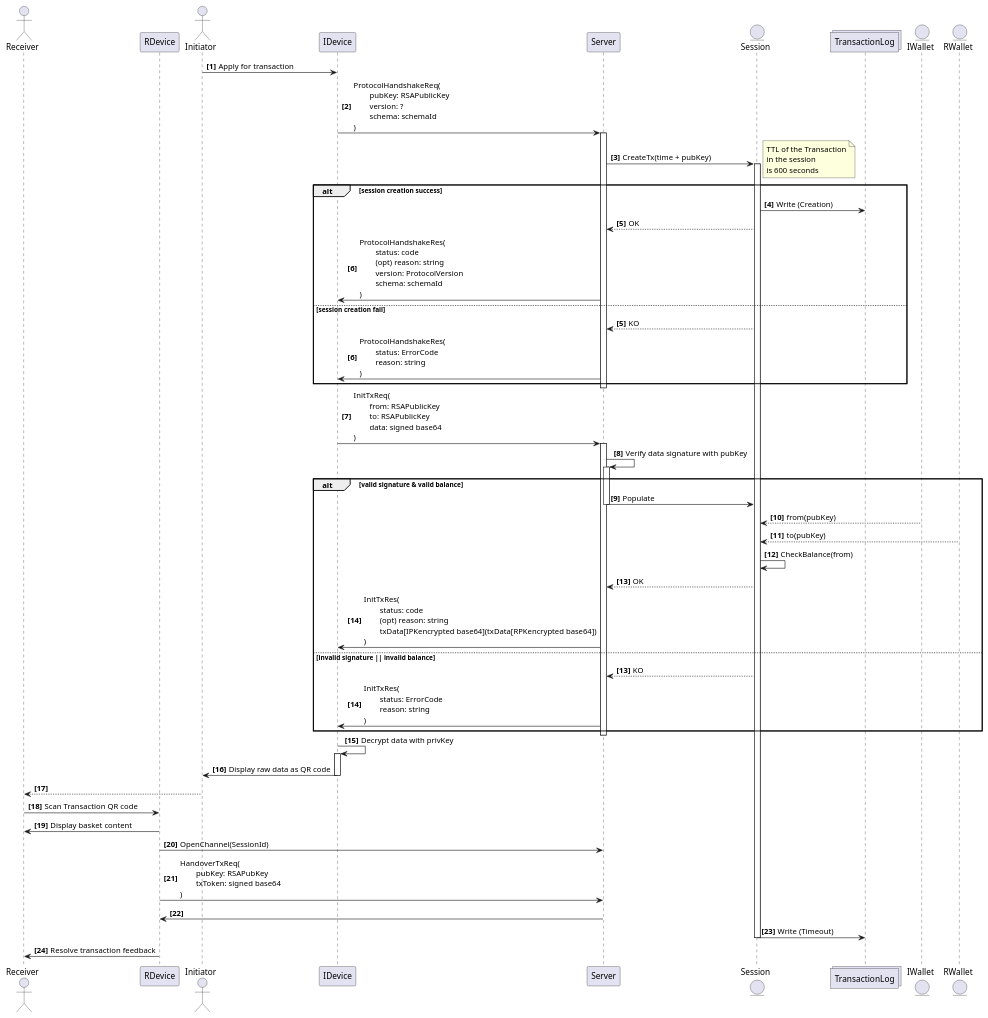
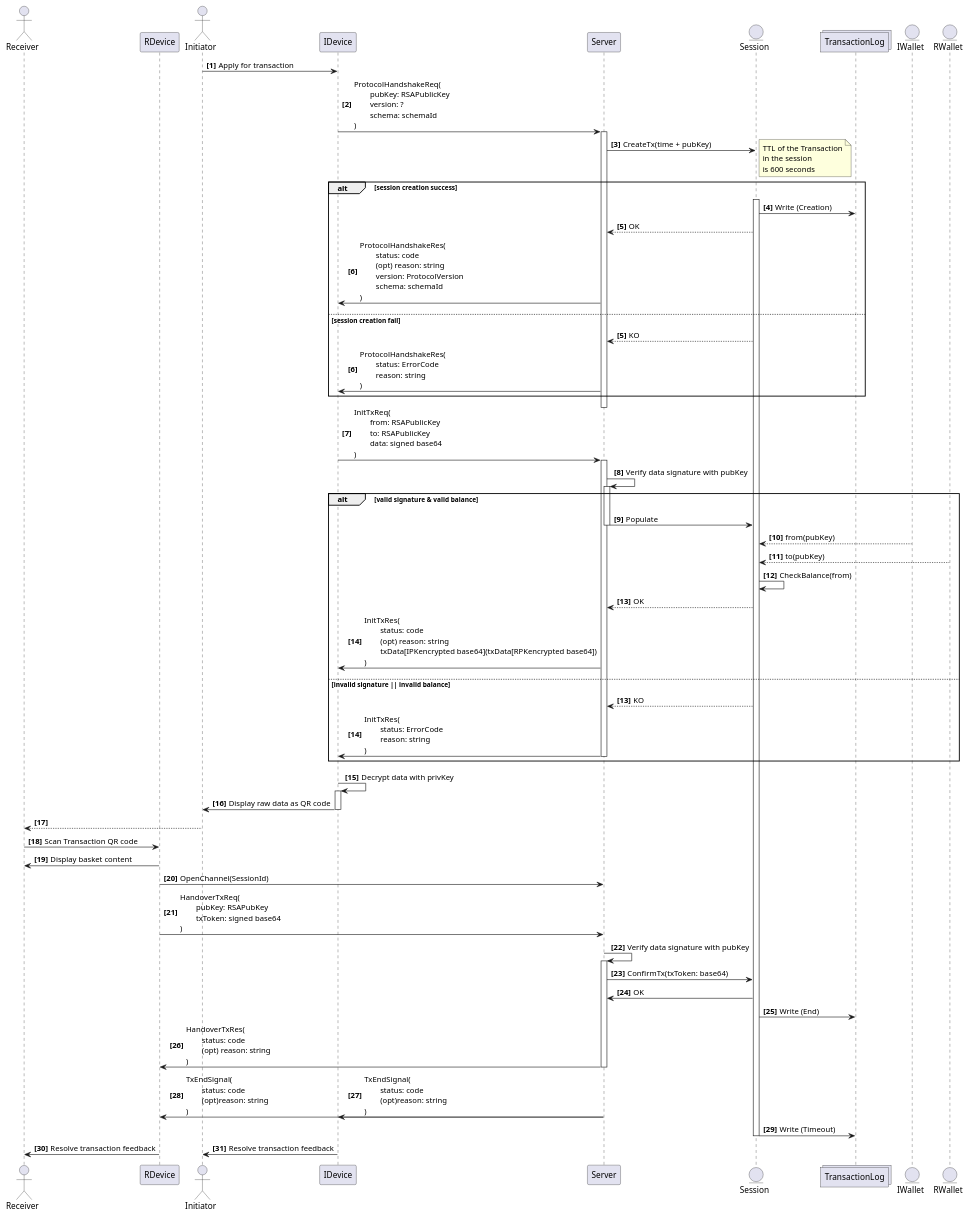
Before and after one commit to ormi-org/snackticker-core: the diagram in doc/spec/protocolV1/single-tier-transaction.seq.puml, drawn with PlantUML. The commit also changed 9 other files, not shown here.

Commit message:
[feature][23] tx-proto ~ update seq diag doc + implement V1 SingleTierTransaction Schema + implement V1 messages

```diff
--- a/doc/spec/protocolV1/single-tier-transaction.seq.puml
+++ b/doc/spec/protocolV1/single-tier-transaction.seq.puml
@@ -1,68 +1,77 @@
 @startuml single-tier-transaction (basket checkout) (protocolV1)
+!pragma teoz true
 autonumber "<b>[0]"
 
 actor       Receiver
 participant RDevice
 actor       Initiator
 participant IDevice
 participant Server
 
 entity Session
 collections TransactionLog
 
 entity IWallet
 entity RWallet
 
 ' START
 Initiator -> IDevice : Apply for transaction
 ' Handshake step
 IDevice -> Server : ProtocolHandshakeReq(\n\tpubKey: RSAPublicKey\n\tversion: ?\n\tschema: schemaId\n)
 activate Server
 ' Create Transaction
 Server -> Session : CreateTx(time + pubKey)
 note right: TTL of the Transaction\nin the session\nis 600 seconds
 alt session creation success
   activate Session
   Session -> TransactionLog : Write (Creation)
   Session --> Server : OK
   Server -> IDevice : ProtocolHandshakeRes(\n\tstatus: code\n\t(opt) reason: string\n\tversion: ProtocolVersion\n\tschema: schemaId\n)
 else session creation fail
   autonumber 5 "<b>[#]"
   Session --> Server : KO
   Server -> IDevice : ProtocolHandshakeRes(\n\tstatus: ErrorCode\n\treason: string\n)
 end
 deactivate Server
 
 IDevice -> Server : InitTxReq(\n\tfrom: RSAPublicKey\n\tto: RSAPublicKey\n\tdata: signed base64\n)
 activate Server
 Server -> Server : Verify data signature with pubKey
 activate Server
 alt valid signature & valid balance
   Server -> Session : Populate
   deactivate Server
   IWallet --> Session : from(pubKey)
   RWallet --> Session : to(pubKey)
   Session -> Session : CheckBalance(from)
   Session --> Server : OK
   Server -> IDevice : InitTxRes(\n\tstatus: code\n\t(opt) reason: string\n\ttxData[IPKencrypted base64](txData[RPKencrypted base64])\n)
 else invalid signature || invalid balance
   autonumber 13 "<b>[#]"
   Session --> Server : KO
   Server -> IDevice : InitTxRes(\n\tstatus: ErrorCode\n\treason: string\n)
+  deactivate Server
 end
-deactivate Server
-deactivate Server
 IDevice -> IDevice : Decrypt data with privKey
 activate IDevice
 IDevice -> Initiator : Display raw data as QR code
 deactivate IDevice
 Initiator --> Receiver
 Receiver -> RDevice : Scan Transaction QR code
 RDevice -> Receiver : Display basket content
 RDevice -> Server : OpenChannel(SessionId)
 RDevice -> Server : HandoverTxReq(\n\tpubKey: RSAPubKey\n\ttxToken: signed base64\n)
-Server -> RDevice : 
+Server -> Server : Verify data signature with pubKey
+activate Server
+Server -> Session : ConfirmTx(txToken: base64)
+Session -> Server : OK
+Session -> TransactionLog : Write (End)
+Server -> RDevice : HandoverTxRes(\n\tstatus: code\n\t(opt) reason: string\n)
+deactivate Server
+Server -> IDevice : TxEndSignal(\n\tstatus: code\n\t(opt)reason: string\n)
+& Server -> RDevice : TxEndSignal(\n\tstatus: code\n\t(opt)reason: string\n)
 Session -> TransactionLog : Write (Timeout)
 deactivate Session
 RDevice -> Receiver : Resolve transaction feedback
+& IDevice -> Initiator : Resolve transaction feedback
 @enduml
```
